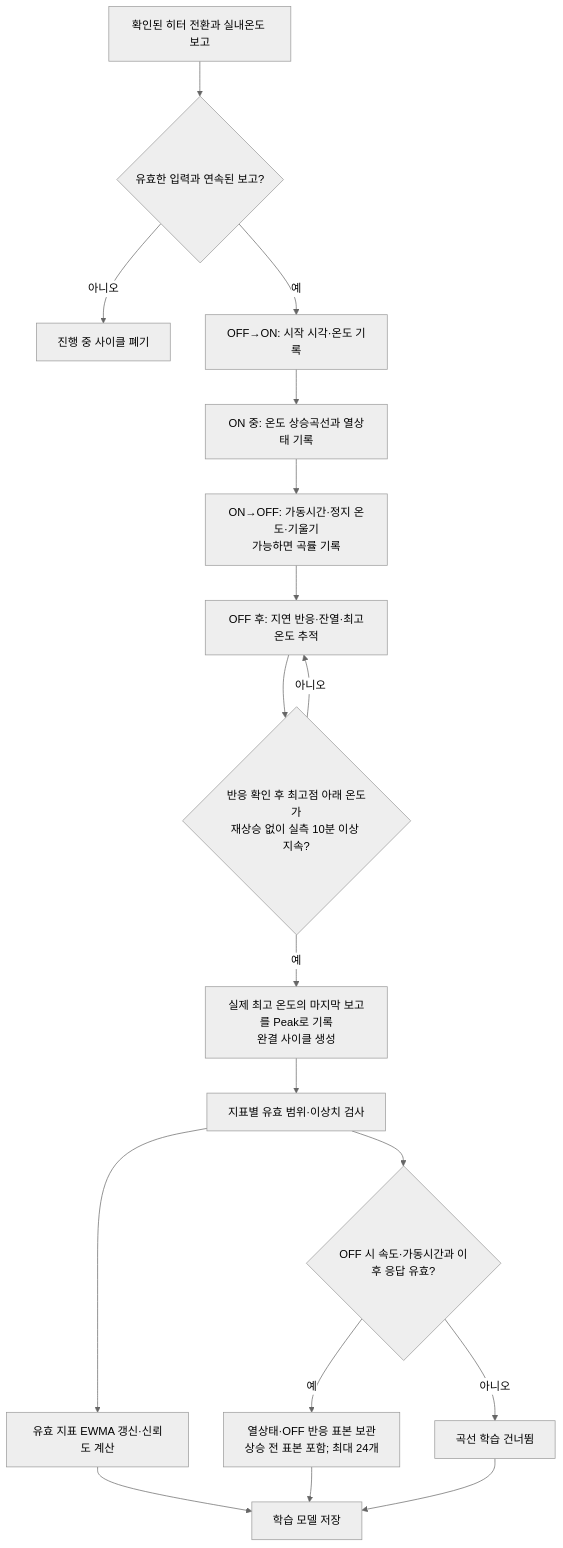
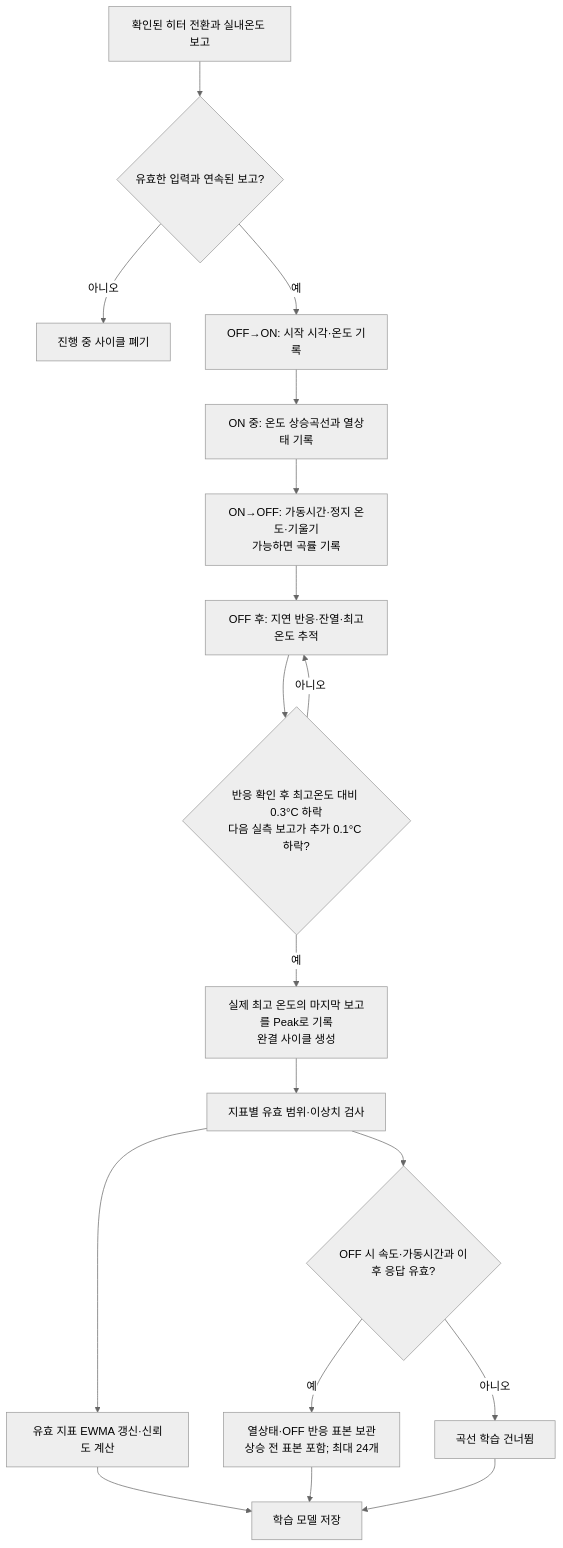
Before and after one commit to plplaaa2/adapted_climate: the first of 2 diagrams in docs/heating_learning_and_auto_control.md, drawn with Mermaid (neutral theme). The commit also changed 20 other files, not shown here.

````diff
--- a/docs/heating_learning_and_auto_control.md
+++ b/docs/heating_learning_and_auto_control.md
@@ -10,20 +10,20 @@
 ```mermaid
 flowchart TD
     A["확인된 히터 전환과 실내온도 보고"] --> B{"유효한 입력과 연속된 보고?"}
     B -- "아니오" --> X["진행 중 사이클 폐기"]
     B -- "예" --> C["OFF→ON: 시작 시각·온도 기록"]
     C --> D["ON 중: 온도 상승곡선과 열상태 기록"]
     D --> E["ON→OFF: 가동시간·정지 온도·기울기<br/>가능하면 곡률 기록"]
     E --> F["OFF 후: 지연 반응·잔열·최고온도 추적"]
-    F --> G{"반응 확인 후 최고점 아래 온도가<br/>재상승 없이 실측 10분 이상 지속?"}
+    F --> G{"반응 확인 후 최고온도 대비 0.3°C 하락<br/>다음 실측 보고가 추가 0.1°C 하락?"}
     G -- "아니오" --> F
     G -- "예" --> H["실제 최고 온도의 마지막 보고를 Peak로 기록<br/>완결 사이클 생성"]
     H --> I["지표별 유효 범위·이상치 검사"]
     I --> J["유효 지표 EWMA 갱신·신뢰도 계산"]
     I --> K{"OFF 시 속도·가동시간과 이후 응답 유효?"}
     K -- "예" --> L["열상태·OFF 반응 표본 보관<br/>상승 전 표본 포함; 최대 24개"]
     K -- "아니오" --> M["곡선 학습 건너뜀"]
     J --> N["학습 모델 저장"]
     L --> N
     M --> N
 ```
````
